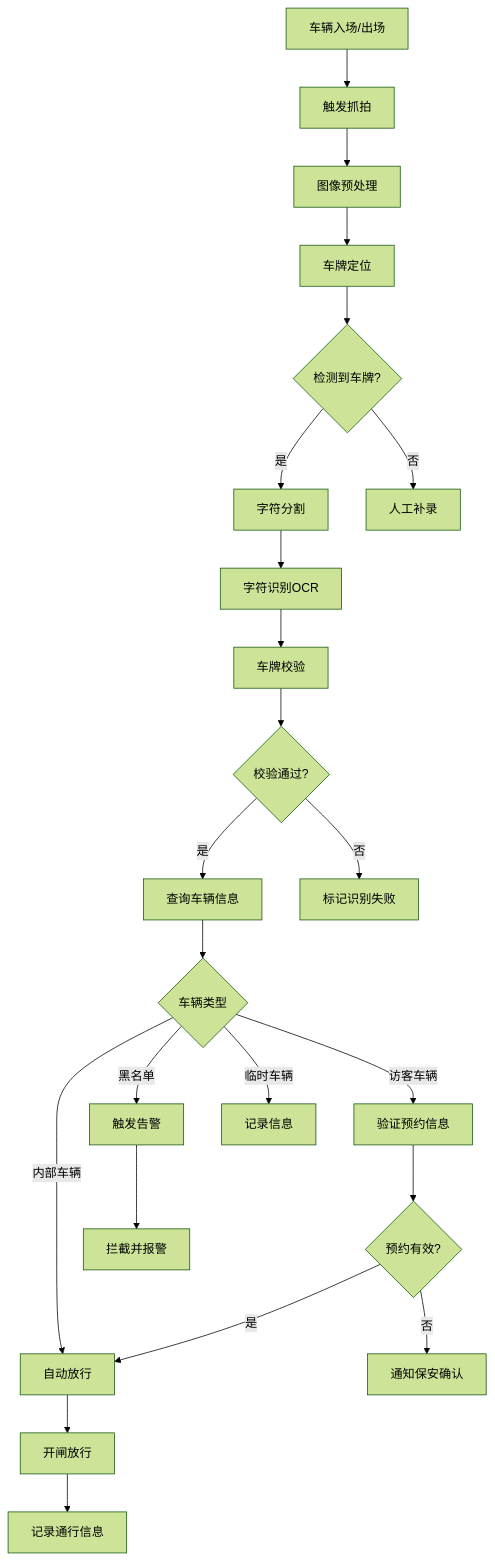
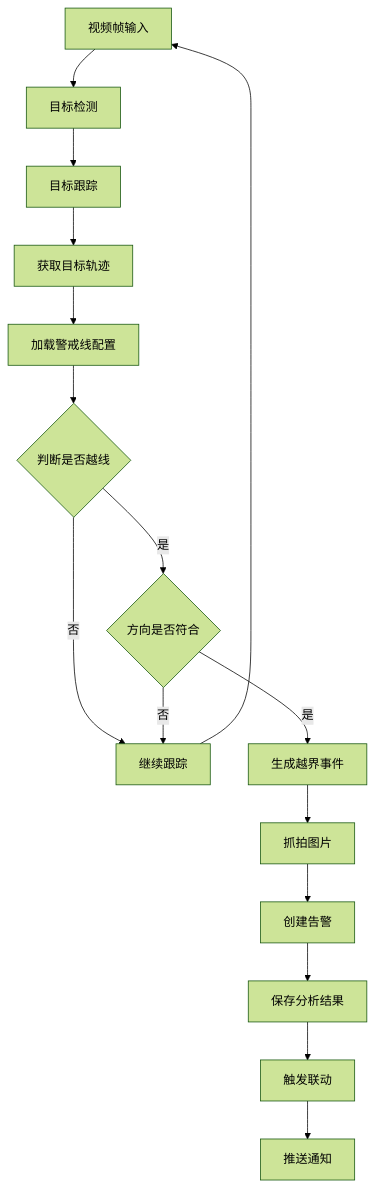
The third of 5 diagrams in documentation/业务模块/05-视频管理模块/04-行为分析/业务流程图.md (wilson323/IOE-DREAMfornew), drawn with Mermaid (forest theme) before and after one commit. The commit also changed other lines of this file and 8 other files, not shown here.

````diff
--- a/documentation/业务模块/05-视频管理模块/04-行为分析/业务流程图.md
+++ b/documentation/业务模块/05-视频管理模块/04-行为分析/业务流程图.md
@@ -120,31 +59,18 @@
 ```mermaid
 flowchart TD
-    A[车辆入场/出场] --> B[触发抓拍]
-    B --> C[图像预处理]
-    C --> D[车牌定位]
-    D --> E{检测到车牌?}
-    
-    E -->|是| F[字符分割]
-    E -->|否| G[人工补录]
-    
-    F --> H[字符识别OCR]
-    H --> I[车牌校验]
-    I --> J{校验通过?}
-    
-    J -->|是| K[查询车辆信息]
-    J -->|否| L[标记识别失败]
-    
-    K --> M{车辆类型}
-    M -->|内部车辆| N[自动放行]
-    M -->|访客车辆| O[验证预约信息]
-    M -->|黑名单| P[触发告警]
-    M -->|临时车辆| Q[记录信息]
-    
-    O --> R{预约有效?}
-    R -->|是| N
-    R -->|否| S[通知保安确认]
-    
-    N --> T[开闸放行]
-    T --> U[记录通行信息]
-    P --> V[拦截并报警]
+    A[视频帧输入] --> B[目标检测]
+    B --> C[目标跟踪]
+    C --> D[获取目标轨迹]
+    D --> E[加载警戒线配置]
+    E --> F{判断是否越线}
+    F -->|否| G[继续跟踪]
+    F -->|是| H{方向是否符合}
+    H -->|否| G
+    H -->|是| I[生成越界事件]
+    I --> J[抓拍图片]
+    J --> K[创建告警]
+    K --> L[保存分析结果]
+    L --> M[触发联动]
+    M --> N[推送通知]
+    G --> A
 ```
````
